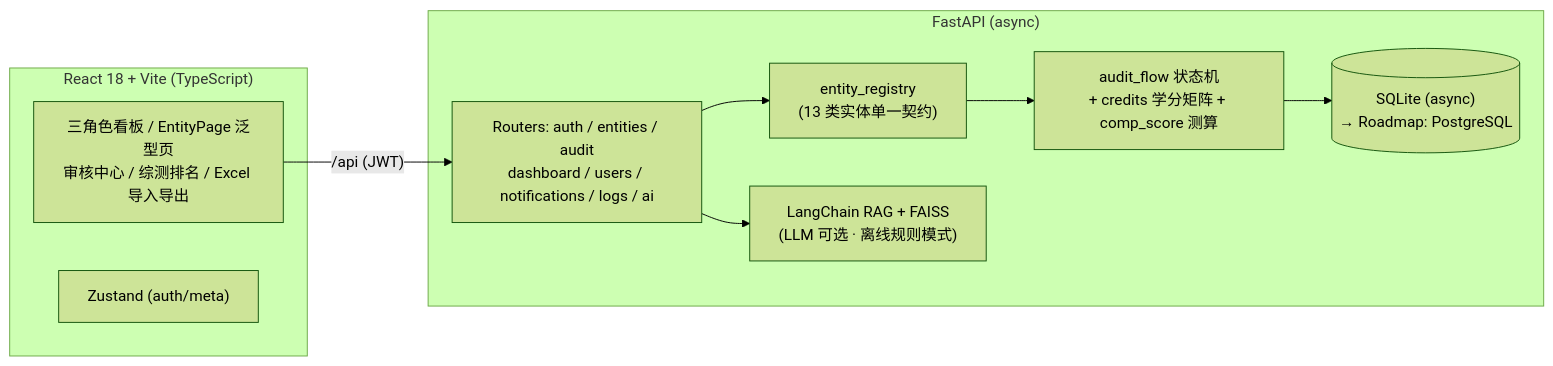
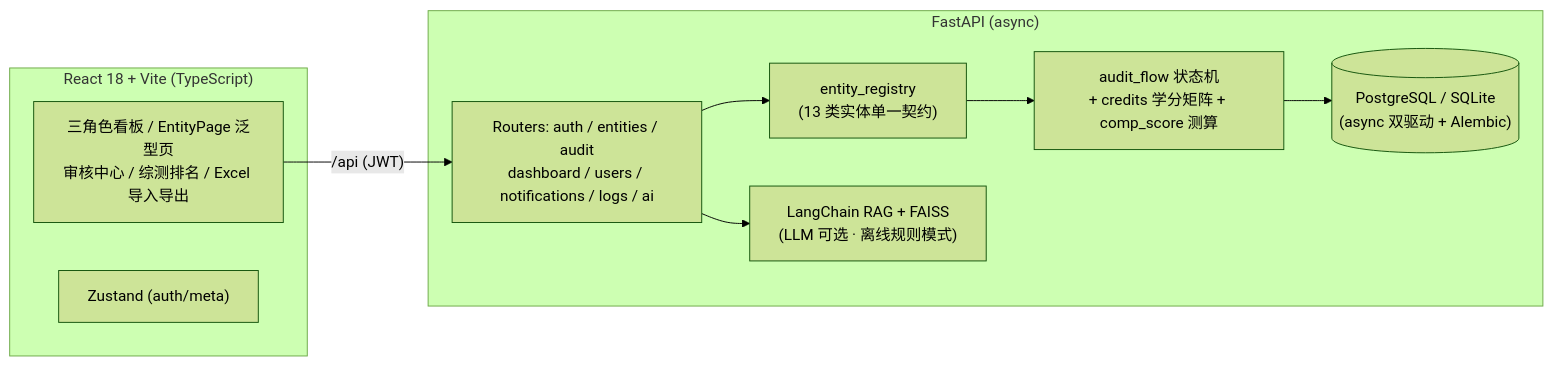
The diagram in README.md (nikaidohirol/growth-system), drawn with Mermaid (forest theme) before and after one commit. The commit also changed other lines of this file and 7 other files, not shown here.

First line of the commit message:
feat(db-migration): Alembic 迁移链——schema 单一事实源，弃用 create_all 双路径

````diff
--- a/README.md
+++ b/README.md
@@ -81,17 +81,17 @@
 ```mermaid
 flowchart LR
     subgraph web["React 18 + Vite (TypeScript)"]
         UI["三角色看板 / EntityPage 泛型页<br/>审核中心 / 综测排名 / Excel 导入导出"]
         Z["Zustand (auth/meta)"]
     end
     subgraph server["FastAPI (async)"]
         R["Routers: auth / entities / audit<br/>dashboard / users / notifications / logs / ai"]
         REG["entity_registry<br>(13 类实体单一契约)"]
         FLOW["audit_flow 状态机<br>+ credits 学分矩阵 + comp_score 测算"]
         AI["LangChain RAG + FAISS<br/>(LLM 可选 · 离线规则模式)"]
-        DB[("SQLite (async)<br/>→ Roadmap: PostgreSQL")]
+        DB[("PostgreSQL / SQLite<br/>(async 双驱动 + Alembic)")]
     end
     UI -->|"/api (JWT)"| R
     R --> REG --> FLOW --> DB
     R --> AI
 ```
````
